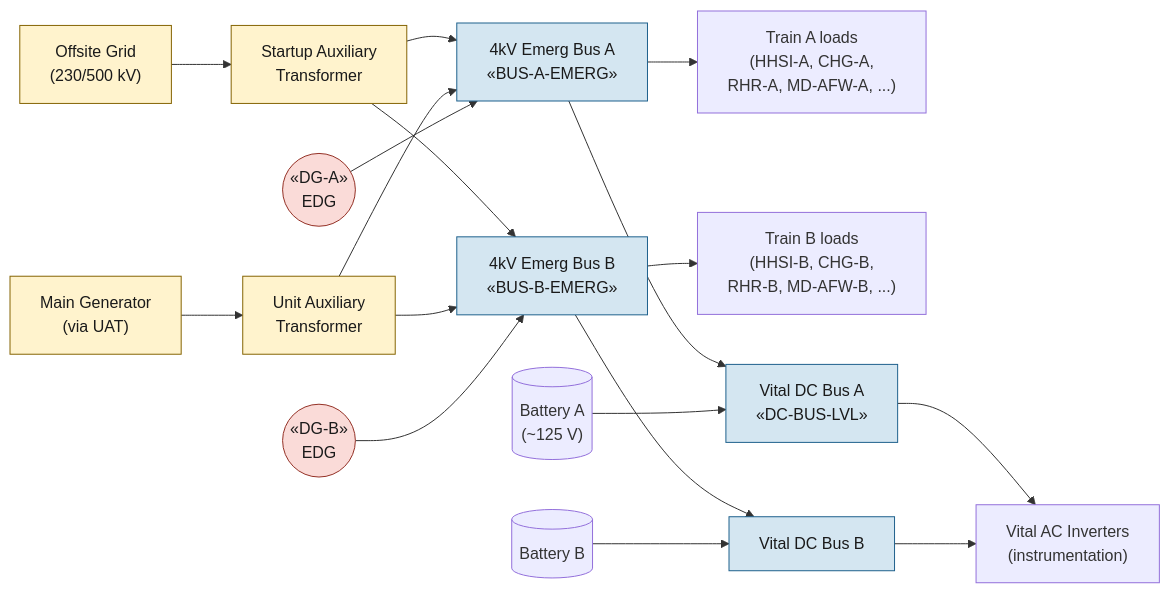
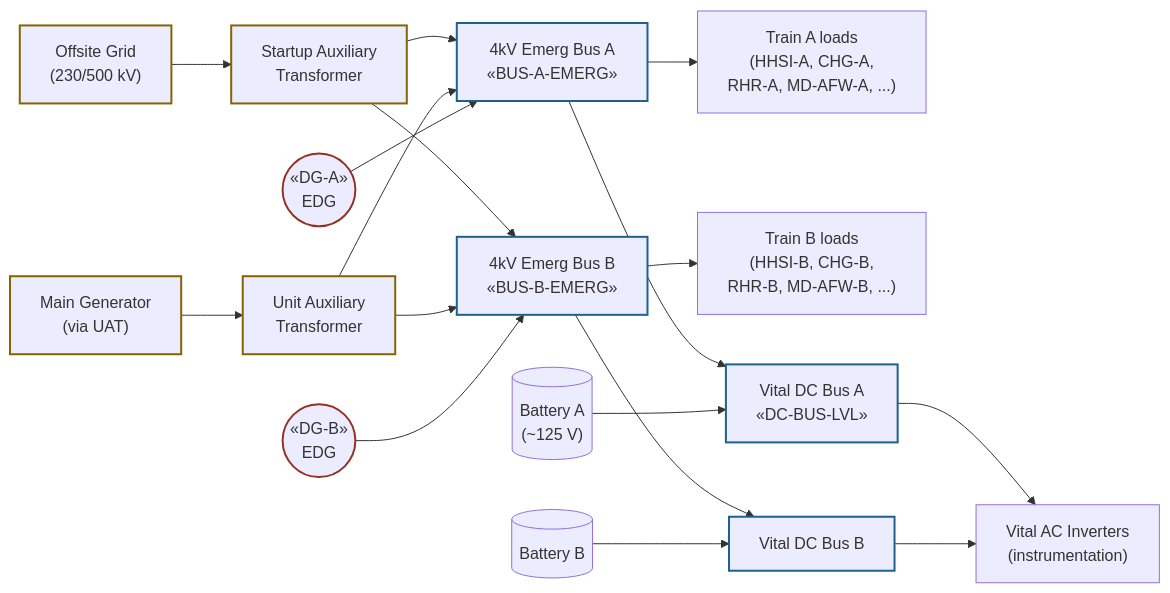
Before and after one commit to samsinn-wikis/pwr-ops: the diagram in wiki/systems/electrical.md, drawn with Mermaid. The commit also changed 14 other files, not shown here.

````diff
--- a/wiki/systems/electrical.md
+++ b/wiki/systems/electrical.md
@@ -29,37 +29,37 @@
 ```mermaid
 flowchart LR
     OFFSITE["Offsite Grid<br/>(230/500 kV)"]
     MAIN["Main Generator<br/>(via UAT)"]
     SAT["Startup Auxiliary<br/>Transformer"]
     UAT["Unit Auxiliary<br/>Transformer"]
     DG_A(("«DG-A»<br/>EDG"))
     DG_B(("«DG-B»<br/>EDG"))
     BUS_A["4kV Emerg Bus A<br/>«BUS-A-EMERG»"]
     BUS_B["4kV Emerg Bus B<br/>«BUS-B-EMERG»"]
     LOADS_A["Train A loads<br/>(HHSI-A, CHG-A,<br/>RHR-A, MD-AFW-A, ...)"]
     LOADS_B["Train B loads<br/>(HHSI-B, CHG-B,<br/>RHR-B, MD-AFW-B, ...)"]
     DC_A["Vital DC Bus A<br/>«DC-BUS-LVL»"]
     DC_B["Vital DC Bus B"]
     BAT_A[("Battery A<br/>(~125 V)")]
     BAT_B[("Battery B")]
     INV["Vital AC Inverters<br/>(instrumentation)"]
 
     OFFSITE --> SAT
     MAIN --> UAT
     SAT --> BUS_A & BUS_B
     UAT --> BUS_A & BUS_B
     DG_A --> BUS_A
     DG_B --> BUS_B
     BUS_A --> LOADS_A & DC_A
     BUS_B --> LOADS_B & DC_B
     BAT_A --> DC_A
     BAT_B --> DC_B
     DC_A & DC_B --> INV
 
-    classDef src fill:#fff3cd,stroke:#856404,color:#1a1a1a
-    classDef bus fill:#d4e6f1,stroke:#1f618d,color:#1a1a1a
-    classDef gen fill:#fadbd8,stroke:#943126,color:#1a1a1a
+    classDef src stroke:#856404,stroke-width:2px
+    classDef bus stroke:#1f618d,stroke-width:2px
+    classDef gen stroke:#943126,stroke-width:2px
     class OFFSITE,MAIN,SAT,UAT src
     class BUS_A,BUS_B,DC_A,DC_B bus
     class DG_A,DG_B gen
 ```
````
